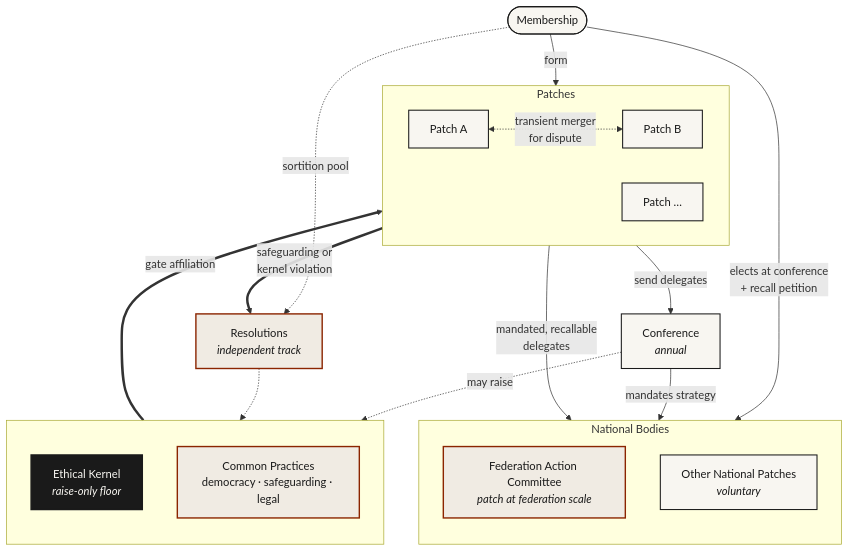
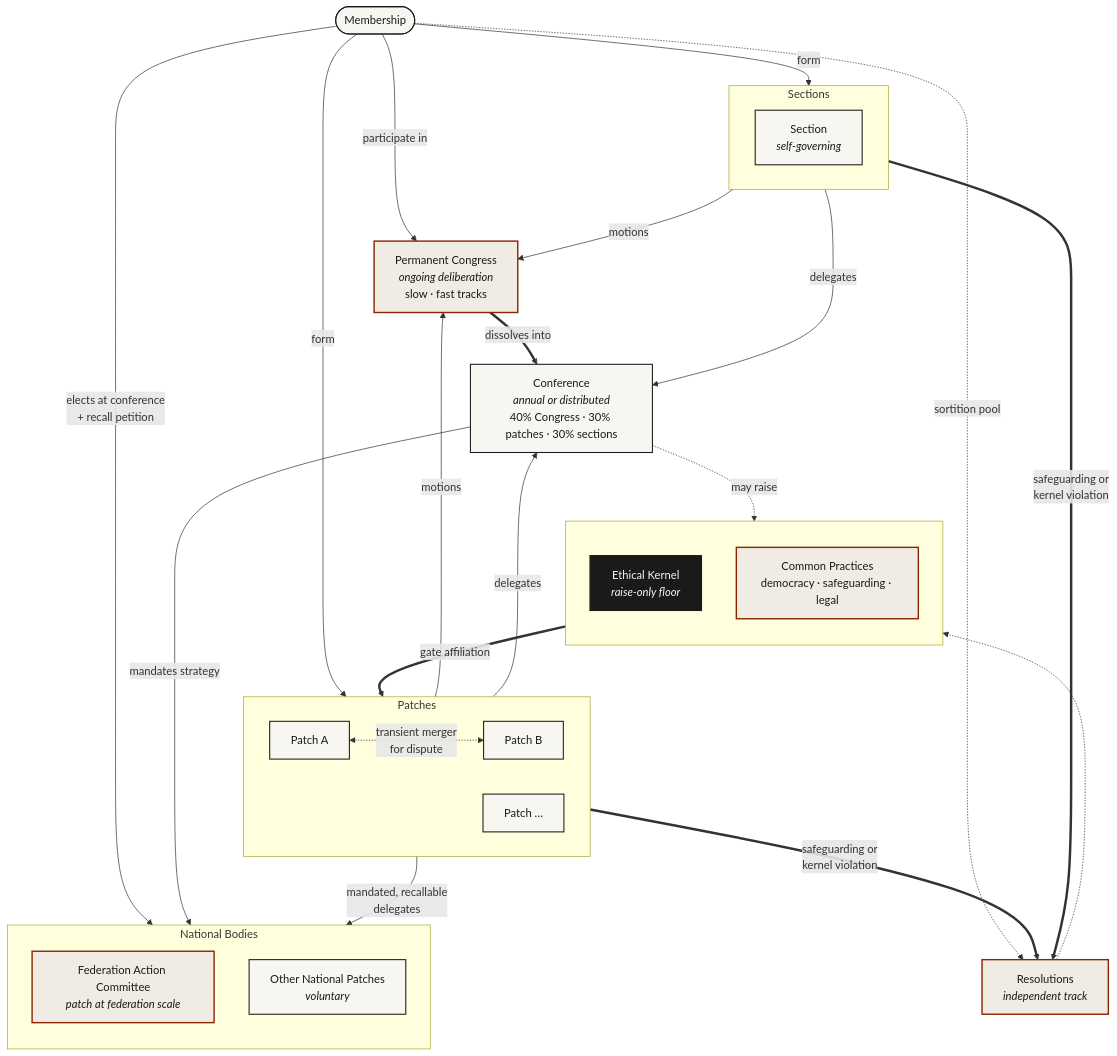
The diagram in patchwork-structure.mmd (TheDryhtscipe/patchworkfed), drawn with Mermaid before and after one commit. The commit also changed 3 other files, not shown here.

First line of the commit message:
Restructure: add Sections, Permanent Congress, two-track Conference

```diff
--- a/patchwork-structure.mmd
+++ b/patchwork-structure.mmd
@@ -1,46 +1,63 @@
 %% Patchwork Federation — structure
 flowchart TB
   MEMBERS(["Membership"])
 
   subgraph CONSTRAINTS[" "]
     direction TB
     KERNEL["Ethical Kernel<br/><i>raise-only floor</i>"]
     PRACTICES["Common Practices<br/>democracy · safeguarding · legal"]
   end
 
   subgraph PATCHES["Patches"]
     direction LR
     P1["Patch A"]
     P2["Patch B"]
     P3["Patch …"]
     P1 <-.->|transient merger<br/>for dispute| P2
   end
 
+  subgraph SECTIONS["Sections"]
+    direction LR
+    SX["Section<br/><i>self-governing</i>"]
+  end
+
+  CONGRESS["Permanent Congress<br/><i>ongoing deliberation</i><br/>slow · fast tracks"]
+
   subgraph NATIONAL["National Bodies"]
     direction TB
     FAC["Federation Action Committee<br/><i>patch at federation scale</i>"]
     NATPATCH["Other National Patches<br/><i>voluntary</i>"]
   end
 
-  CONF["Conference<br/><i>annual</i>"]
+  CONF["Conference<br/><i>annual or distributed</i><br/>40% Congress · 30% patches · 30% sections"]
   RES["Resolutions<br/><i>independent track</i>"]
 
   MEMBERS -->|form| PATCHES
+  MEMBERS -->|form| SECTIONS
+  MEMBERS -->|participate in| CONGRESS
   MEMBERS -->|elects at conference<br/>+ recall petition| FAC
   MEMBERS -.->|sortition pool| RES
 
   CONSTRAINTS ==>|gate affiliation| PATCHES
+
+  PATCHES -->|motions| CONGRESS
+  SECTIONS -->|motions| CONGRESS
+  CONGRESS ==>|dissolves into| CONF
+
   PATCHES -->|mandated, recallable<br/>delegates| NATIONAL
-  PATCHES -->|send delegates| CONF
+  PATCHES -->|delegates| CONF
+  SECTIONS -->|delegates| CONF
+
   PATCHES ==>|safeguarding or<br/>kernel violation| RES
+  SECTIONS ==>|safeguarding or<br/>kernel violation| RES
 
   CONF -->|mandates strategy| FAC
   CONF -.->|may raise| KERNEL
   RES -.-> KERNEL
 
   classDef kernel fill:#1a1a1a,color:#f8f6f1,stroke:#1a1a1a,stroke-width:2px
   classDef accent fill:#f0ebe3,stroke:#8b2500,stroke-width:2px,color:#1a1a1a
   classDef body fill:#f8f6f1,stroke:#1a1a1a,stroke-width:1.5px,color:#1a1a1a
   class KERNEL kernel
-  class PRACTICES,FAC,RES accent
-  class NATPATCH,P1,P2,P3,CONF,MEMBERS body
+  class PRACTICES,FAC,RES,CONGRESS accent
+  class NATPATCH,P1,P2,P3,SX,CONF,MEMBERS body
```
